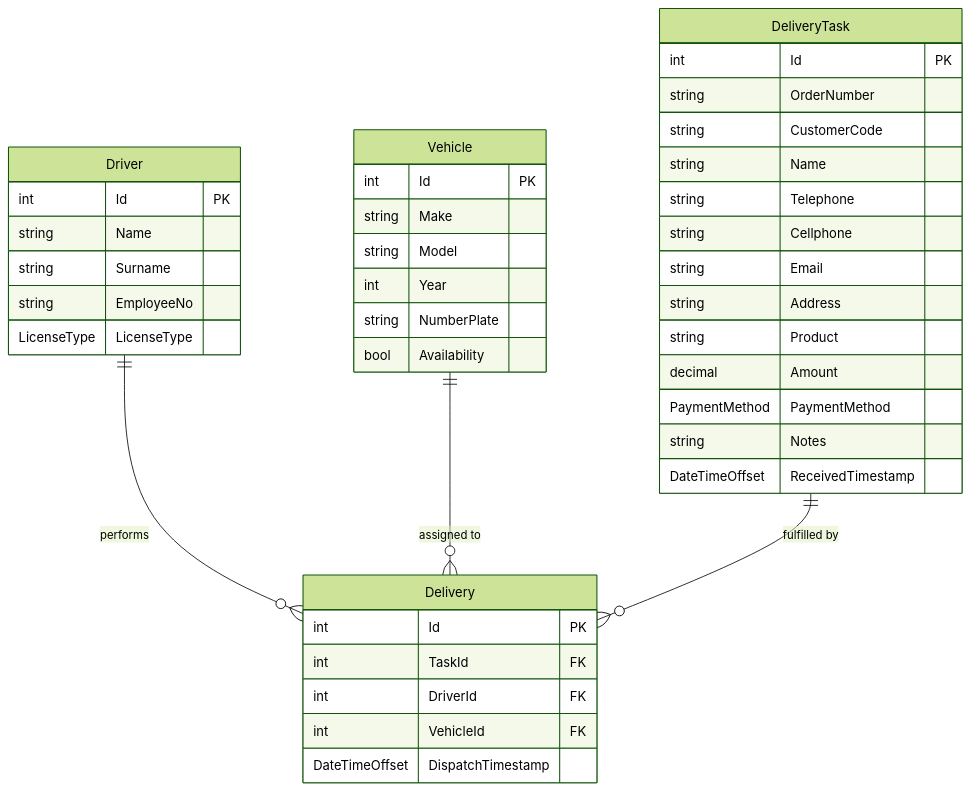
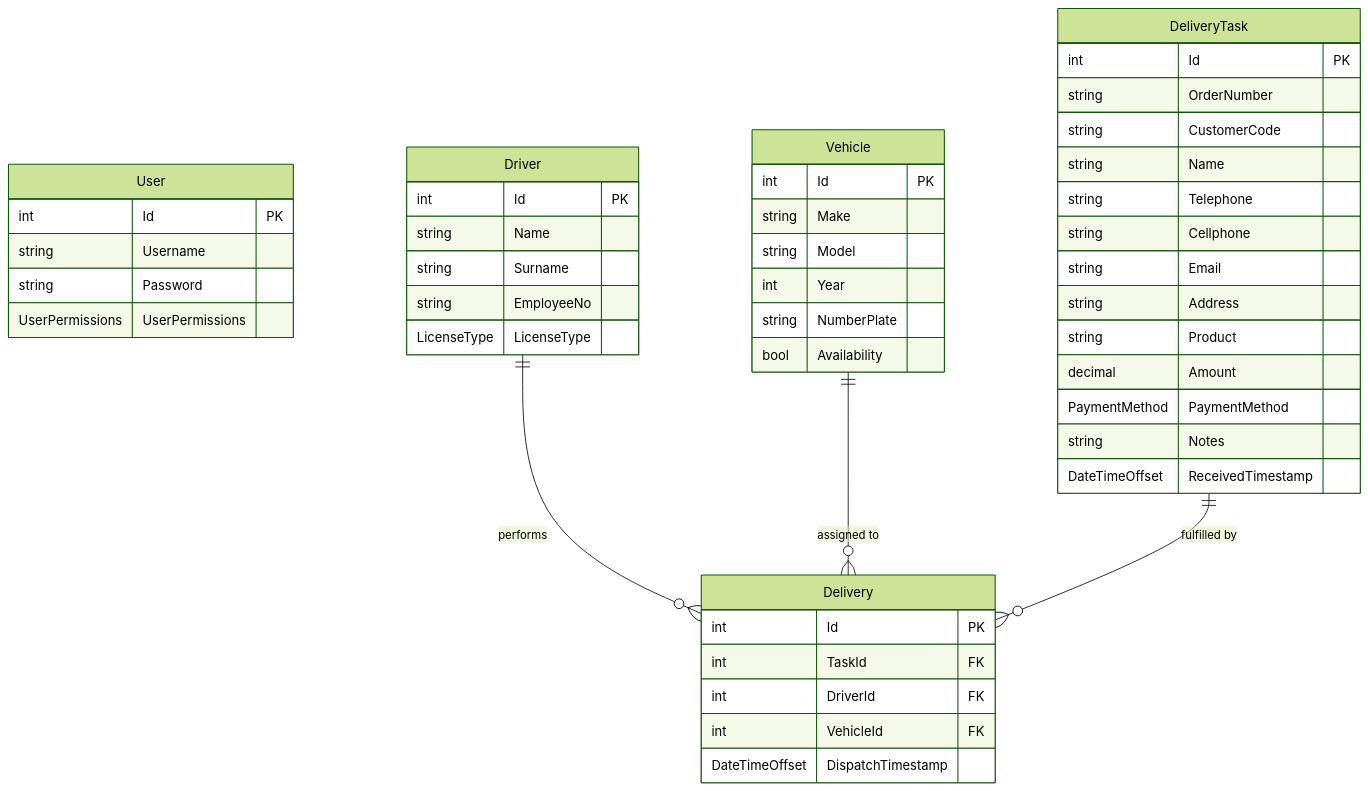
One commit to TryMyLogic/StartSmartDelivery changed the diagram in StartSmartDelivery.Core/DataLayer/Models/DatabaseSchema.md. Above: the diagram before and after it, drawn with Mermaid (forest theme). The commit also changed 5 other files, not shown here.

````diff
--- a/StartSmartDelivery.Core/DataLayer/Models/DatabaseSchema.md
+++ b/StartSmartDelivery.Core/DataLayer/Models/DatabaseSchema.md
@@ -1,47 +1,54 @@
 ```mermaid
 erDiagram
+    User {
+        int Id PK
+        string Username
+        string Password
+        UserPermissions UserPermissions
+    }
+
     Driver {
         int Id PK
         string Name
         string Surname
         string EmployeeNo
         LicenseType LicenseType
     }
 
     Vehicle {
         int Id PK
         string Make
         string Model
         int Year
         string NumberPlate
         bool Availability
     }
 
    DeliveryTask {
         int Id PK
         string OrderNumber
         string CustomerCode
         string Name
         string Telephone 
         string Cellphone
         string Email     
         string Address
         string Product
         decimal Amount
         PaymentMethod PaymentMethod
         string Notes
         DateTimeOffset ReceivedTimestamp
     }
 
     Delivery {
         int Id PK
         int TaskId FK
         int DriverId FK
         int VehicleId FK
         DateTimeOffset DispatchTimestamp
     }
 
     Driver ||--o{ Delivery : "performs"
     Vehicle ||--o{ Delivery : "assigned to"
     DeliveryTask ||--o{ Delivery : "fulfilled by"
 ```
````
